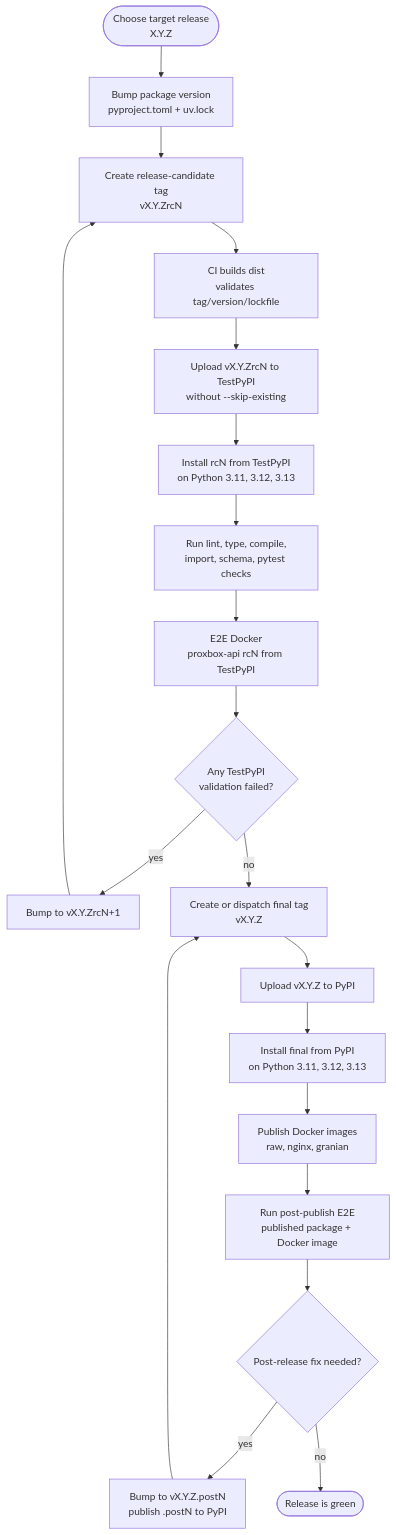
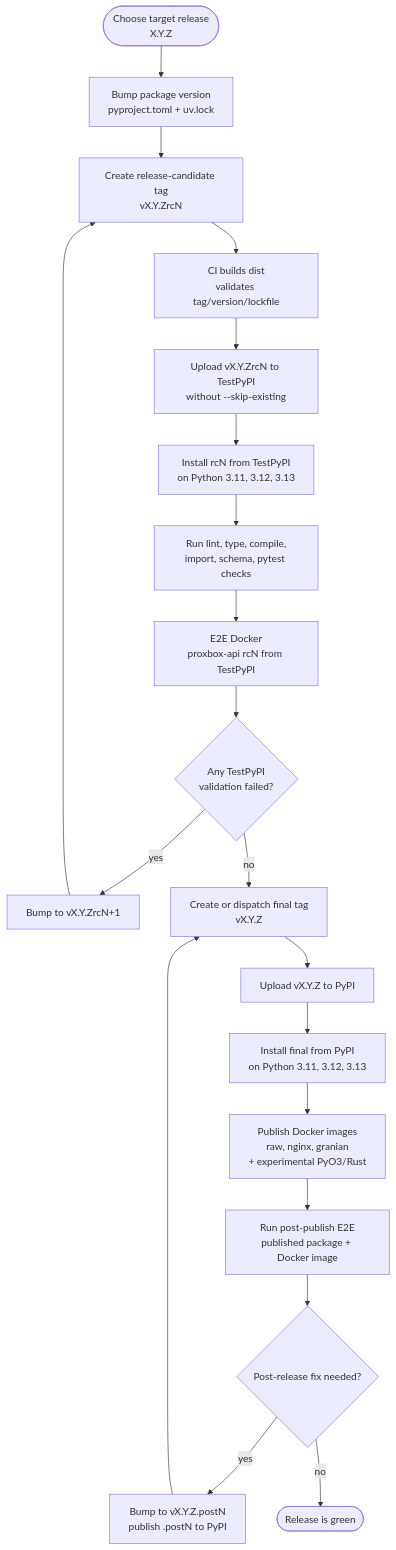
Before and after one commit to emersonfelipesp/proxbox-api: the first of 2 diagrams in docs/development/release-publishing.md, drawn with Mermaid. The commit also changed other lines of this file and 11 other files, not shown here.

Commit message:
Publish experimental PyO3 Rust Docker images

````diff
--- a/docs/development/release-publishing.md
+++ b/docs/development/release-publishing.md
@@ -13,27 +13,27 @@
 ```mermaid
 flowchart TD
     Start([Choose target release\nX.Y.Z])
     Bump[Bump package version\npyproject.toml + uv.lock]
     RCTag[Create release-candidate tag\nvX.Y.ZrcN]
     RCCI[CI builds dist\nvalidates tag/version/lockfile]
     RCUpload[Upload vX.Y.ZrcN to TestPyPI\nwithout --skip-existing]
     RCValidate[Install rcN from TestPyPI\non Python 3.11, 3.12, 3.13]
     RCChecks[Run lint, type, compile,\nimport, schema, pytest checks]
     RCE2E[E2E Docker\nproxbox-api rcN from TestPyPI]
     RCFailed{Any TestPyPI\nvalidation failed?}
     NextRC[Bump to vX.Y.ZrcN+1]
     FinalTag[Create or dispatch final tag\nvX.Y.Z]
     FinalUpload[Upload vX.Y.Z to PyPI]
     FinalValidate[Install final from PyPI\non Python 3.11, 3.12, 3.13]
-    Docker[Publish Docker images\nraw, nginx, granian]
+    Docker[Publish Docker images\nraw, nginx, granian\n+ experimental PyO3/Rust]
     FinalE2E[Run post-publish E2E\npublished package + Docker image]
     FinalFailed{Post-release fix needed?}
     Post[Bump to vX.Y.Z.postN\npublish .postN to PyPI]
     Done([Release is green])
 
     Start --> Bump --> RCTag --> RCCI --> RCUpload --> RCValidate --> RCChecks --> RCE2E --> RCFailed
     RCFailed -- yes --> NextRC --> RCTag
     RCFailed -- no --> FinalTag --> FinalUpload --> FinalValidate --> Docker --> FinalE2E --> FinalFailed
     FinalFailed -- yes --> Post --> FinalTag
     FinalFailed -- no --> Done
 ```
````
